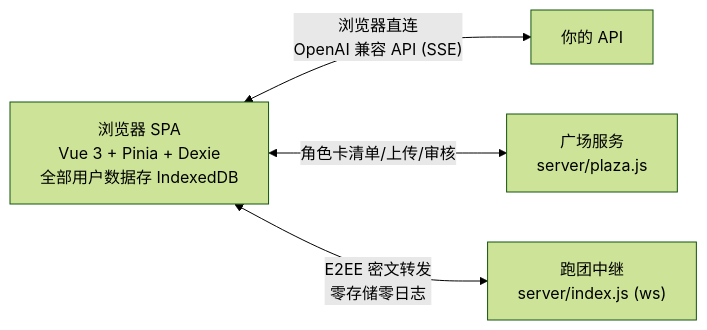
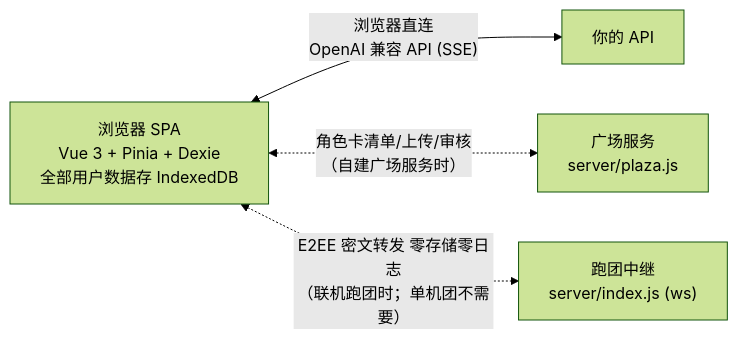
The diagram in README.md (dfzjb/rp-xingyu), drawn with Mermaid (forest theme) before and after one commit. The commit also changed other lines of this file and 2 other files, not shown here.

````diff
--- a/README.md
+++ b/README.md
@@ -79,7 +80,7 @@
 ```mermaid
 graph LR
     B["浏览器 SPA<br/>Vue 3 + Pinia + Dexie<br/>全部用户数据存 IndexedDB"]
     B <-- "浏览器直连<br/>OpenAI 兼容 API (SSE)" --> A["你的 API"]
-    B <-- "角色卡清单/上传/审核" --> P["广场服务<br/>server/plaza.js"]
-    B <-- "E2EE 密文转发<br/>零存储零日志" --> R["跑团中继<br/>server/index.js (ws)"]
+    B <-. "角色卡清单/上传/审核<br/>（自建广场服务时）" .-> P["广场服务<br/>server/plaza.js"]
+    B <-. "E2EE 密文转发 零存储零日志<br/>（联机跑团时；单机团不需要）" .-> R["跑团中继<br/>server/index.js (ws)"]
 ```
````
